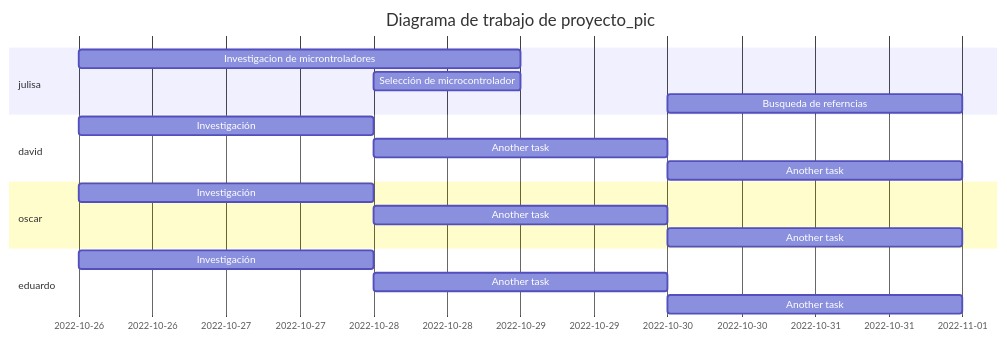
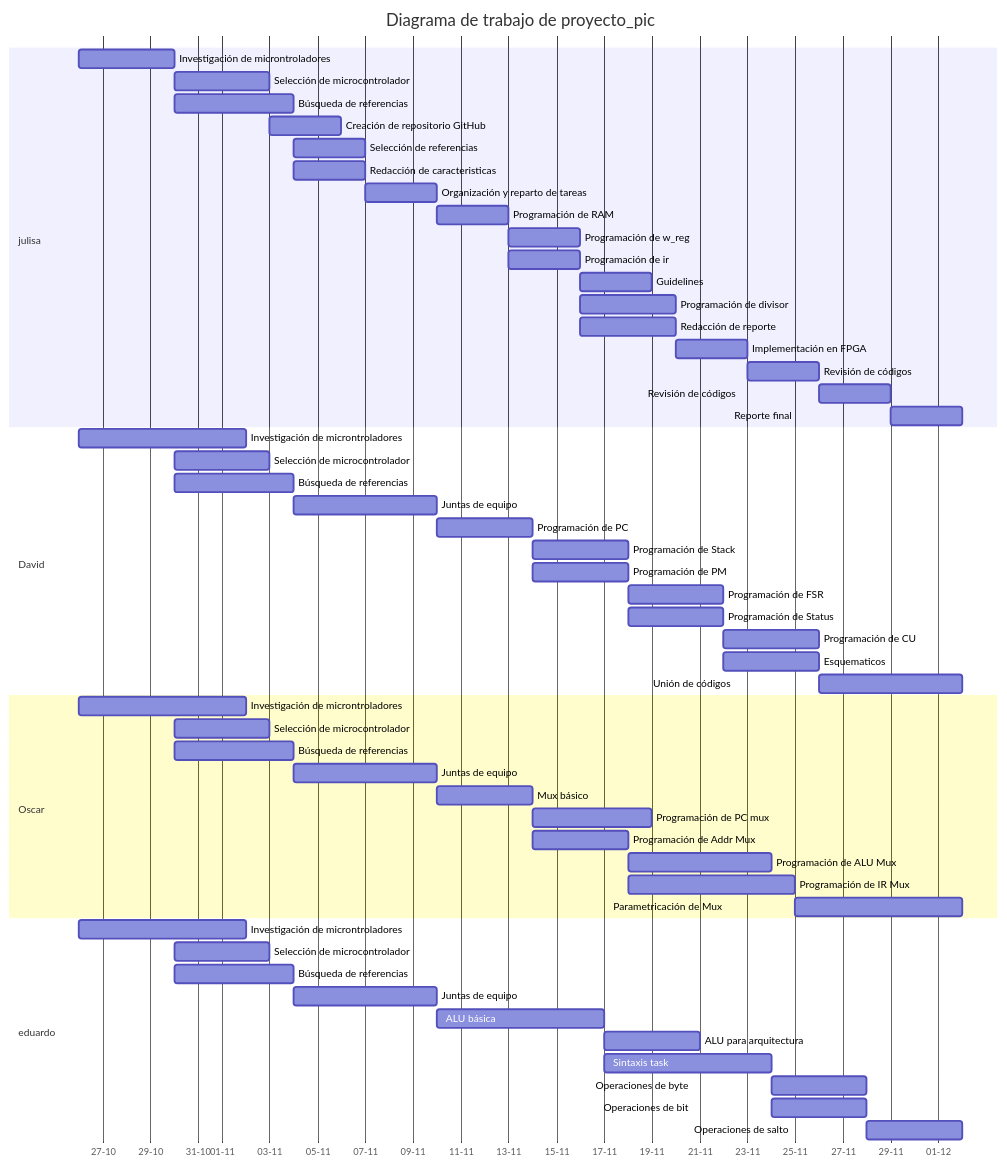
One commit to julisaverdejo/proyecto_pic changed the diagram in README.md. Above: the diagram before and after it, drawn with Mermaid. The commit also changed other lines of this file and 2 other files, not shown here.

Commit message:
Proyecto terminado

````diff
--- a/README.md
+++ b/README.md
@@ -11,25 +11,124 @@
 ```mermaid
 gantt
-	title Diagrama de trabajo de proyecto_pic
-    %% Esto es un comentario
-    %%dateFormat  YY-MM-DD
-    section julisa
-    Investigacion de microntroladores    : task_j1, 2022-10-26, 3d
-    Selección de microcontrolador       : task_j2, after task_j1, 1d
-    Busqueda de referncias     : task_j3, after task_j2, 2d
-    
-	section david
-	Investigación    : task_j1, 2022-10-26, 2d
-    Another task     : task_j2, after task_j1, 2d
-    Another task     : task_j3, after task_j2, 2d
-	
-	section oscar
-	Investigación    : task_j1, 2022-10-26, 2d
-    Another task     : task_j2, after task_j1, 2d
-    Another task     : task_j3, after task_j2, 2d
-    
-	section eduardo
-	Investigación    : task_j1, 2022-10-26, 2d
-    Another task     : task_j2, after task_j1, 2d
-    Another task     : task_j3, after task_j2, 2d
+    title Diagrama de trabajo de proyecto_pic
+
+    %% Esto es un comentario
+
+    %%dateFormat  YY-MM-DD
+
+    axisFormat %d-%m
+
+    section julisa
+
+    Investigación de microntroladores                : task_j1, 2022-10-26, 4d
+
+    Selección de microcontrolador                    : task_j2, after task_j1, 4d
+
+    Búsqueda de referencias                          : task_j3, after task_j1, 5d
+
+    Creación de repositorio GitHub                   : task_j4, after task_j2, 3d
+
+    Selección de referencias                         : task_j5, after task_j3, 3d
+
+    Redacción de caracteristicas                     : task_j6, after task_j3, 3d
+
+    Organización y reparto de tareas                 : task_j7, after task_j5, 3d
+
+    Programación de RAM                              : task_j8, after task_j7, 3d
+
+    Programación de w_reg                            : task_j9, after task_j8, 3d
+
+    Programación de ir                               : task_j10, after task_j8, 3d
+
+    Guidelines                                       : task_j14, after task_j10, 3d
+
+    Programación de divisor                          : task_j11, after task_j10, 4d
+
+    Redacción de reporte                             : task_j12, after task_j10, 4d
+
+    Implementación en FPGA                           : task_j13, after task_j12, 3d
+
+    Revisión de códigos                              : task_j15, after task_j13, 3d
+
+    Revisión de códigos                              : task_j16, after task_j15, 3d
+
+    Reporte final                                    : task_j17, after task_j16, 3d
+
+  
+  
+
+    section David
+
+    Investigación de microntroladores                : task_d1, 2022-10-26, 7d
+
+    Selección de microcontrolador                    : task_j2, after task_j1, 4d
+
+    Búsqueda de referencias                          : task_j3, after task_j1, 5d
+
+    Juntas de equipo                                 : task_t0, after task_j3, 6d
+
+    Programación de PC                               : task_d2, after task_j7, 4d
+
+    Programación de Stack                            : task_d3, after task_d2, 4d
+
+    Programación de PM                               : task_d4, after task_d2, 4d
+
+    Programación de FSR                              : task_d5, after task_d4, 4d
+
+    Programación de Status                           : task_d6, after task_d4, 4d
+
+    Programación de CU                               : task_d7, after task_d6, 4d
+
+    Esquematicos                                     : task_d8, after task_d6, 4d
+
+    Unión de códigos                                 : task_d9, after task_d7, 6d
+
+  
+  
+
+    section Oscar
+
+    Investigación de microntroladores                : task_o1, 2022-10-26, 7d
+
+    Selección de microcontrolador                    : task_j2, after task_j1, 4d
+
+    Búsqueda de referencias                          : task_j3, after task_j1, 5d
+
+    Juntas de equipo                                 : task_t0, after task_j3, 6d
+
+    Mux básico                                       : task_o2, after task_j7, 4d
+
+    Programación de PC mux                           : task_o3, after task_o2, 5d
+
+    Programación de Addr Mux                         : task_o4, after task_o2, 4d
+
+    Programación de ALU Mux                          : task_o5, after task_o4, 6d
+
+    Programación de IR Mux                           : task_o6, after task_o4, 7d
+
+    Parametricación de Mux                           : task_o7, after task_o6, 7d
+
+  
+
+    section eduardo
+
+    Investigación de microntroladores                : task_e1, 2022-10-26, 7d
+
+    Selección de microcontrolador                    : task_j2, after task_j1, 4d
+
+    Búsqueda de referencias                          : task_j3, after task_j1, 5d
+
+    Juntas de equipo                                 : task_t0, after task_j3, 6d
+
+    ALU básica                                       : task_e2, after task_j7, 7d
+
+    ALU para arquitectura                            : task_e3, after task_e2, 4d
+
+    Sintaxis task                                    : task_e4, after task_e2, 7d
+
+    Operaciones de byte                              : task_e5, after task_e4, 4d
+
+    Operaciones de bit                               : task_e6, after task_e4, 4d
+
+    Operaciones de salto                             : task_e7, after task_e6, 4d
 ```
````
